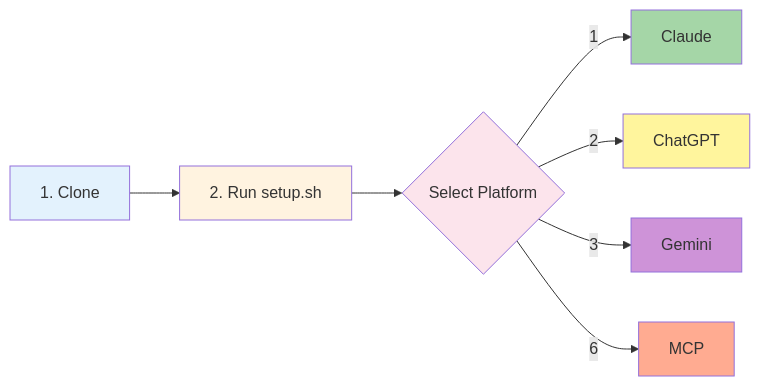
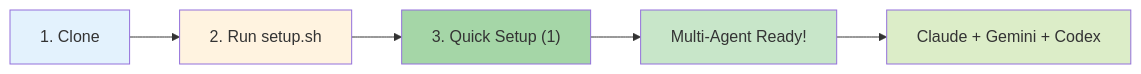
One commit to supercent-io/skills-template changed the second of 6 diagrams in README.md. Above: the diagram before and after it, drawn with Mermaid. The commit also changed other lines of this file and 2 other files, not shown here.

First line of the commit message:
feat: Add Multi-Agent workflow orchestration system

````diff
--- a/README.md
+++ b/README.md
@@ -71,17 +63,13 @@
 ```mermaid
 flowchart LR
     A["1. Clone"] --> B["2. Run setup.sh"]
-    B --> C{"Select Platform"}
-    C -->|1| D["Claude"]
-    C -->|2| E["ChatGPT"]
-    C -->|3| F["Gemini"]
-    C -->|6| G["MCP"]
+    B --> C["3. Quick Setup (1)"]
+    C --> D["Multi-Agent Ready!"]
+    D --> E["Claude + Gemini + Codex"]
 
     style A fill:#e3f2fd
     style B fill:#fff3e0
-    style C fill:#fce4ec
-    style D fill:#a5d6a7
-    style E fill:#fff59d
-    style F fill:#ce93d8
-    style G fill:#ffab91
+    style C fill:#a5d6a7
+    style D fill:#c8e6c9
+    style E fill:#dcedc8
 ```
````
